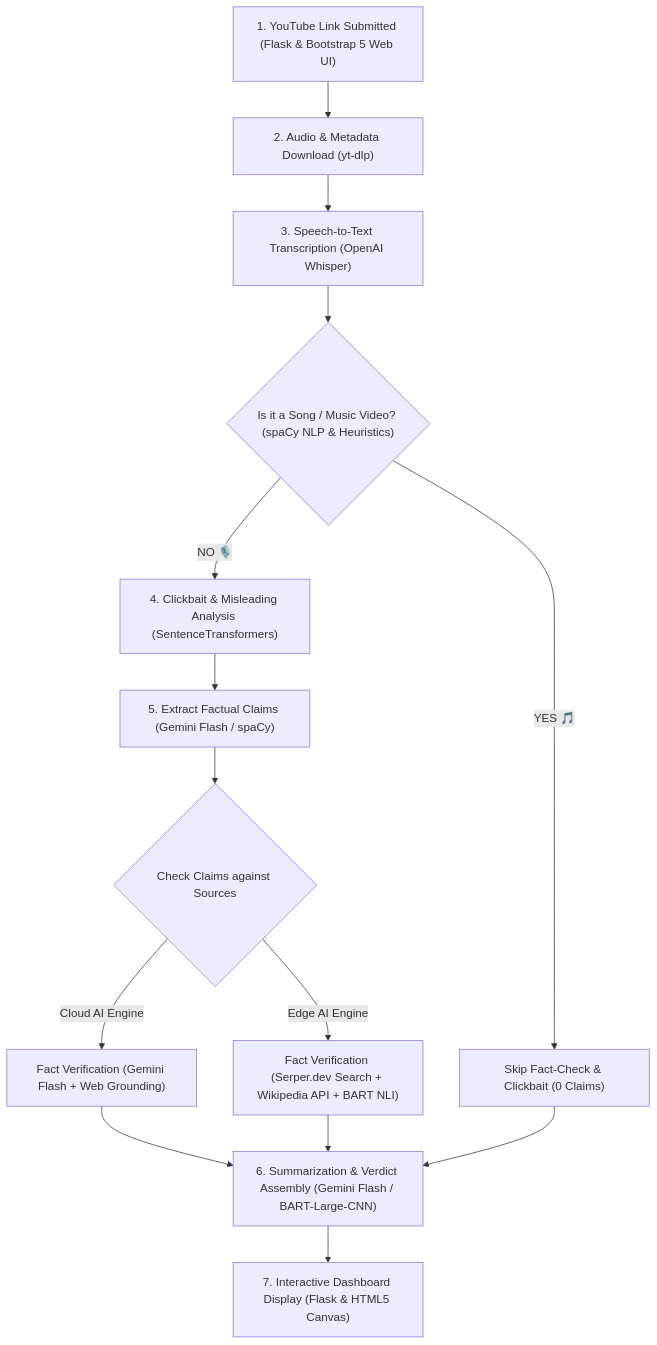
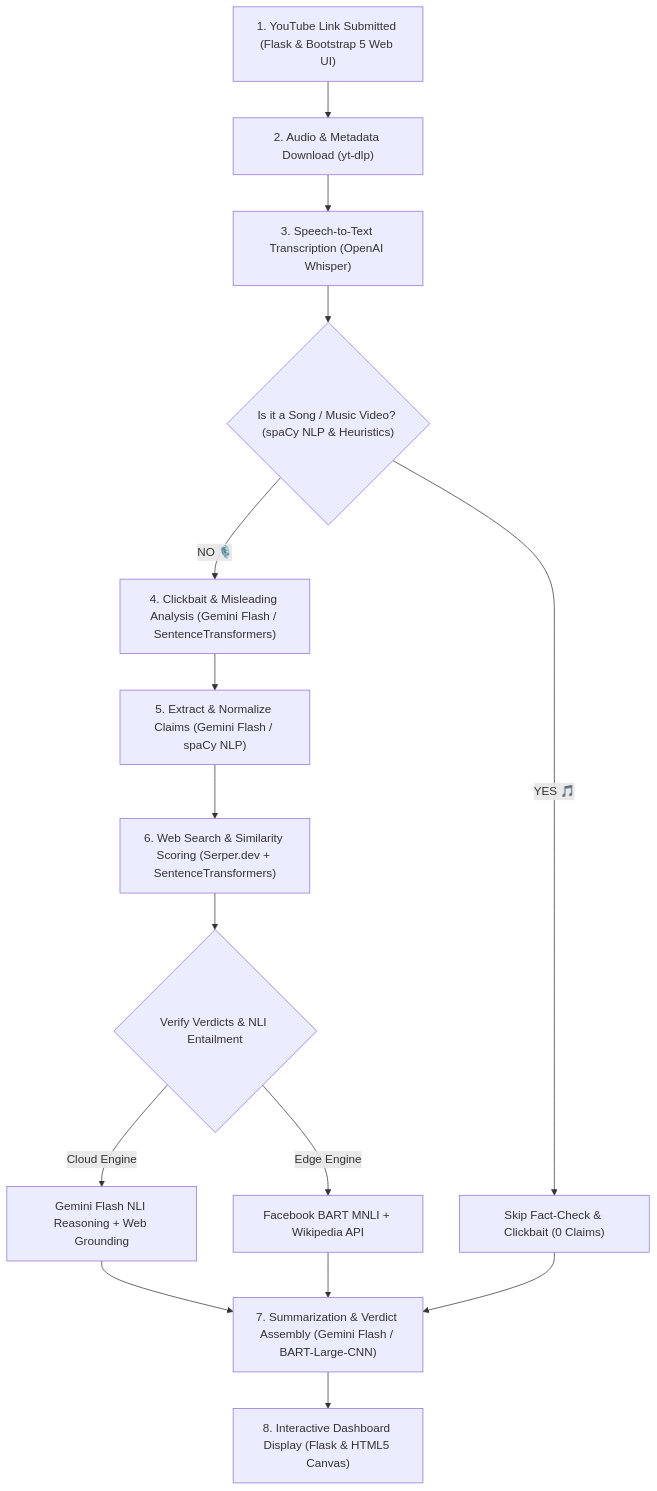
The diagram in README.md (notwarrior04/veritube_youtube_checker), drawn with Mermaid before and after one commit.

Commit message:
docs: Perfect Mermaid architecture flowchart to explicitly depict Serper.dev and similarity scoring step

````diff
--- a/README.md
+++ b/README.md
@@ -21,21 +21,22 @@
 ```mermaid
 flowchart TD
     A["1. YouTube Link Submitted (Flask & Bootstrap 5 Web UI)"] --> B["2. Audio & Metadata Download (yt-dlp)"]
     B --> C["3. Speech-to-Text Transcription (OpenAI Whisper)"]
     C --> D{"Is it a Song / Music Video? (spaCy NLP & Heuristics)"}
     
     D -- "YES 🎵" --> E["Skip Fact-Check & Clickbait (0 Claims)"]
-    D -- "NO 🎙️" --> F["4. Clickbait & Misleading Analysis (SentenceTransformers)"]
+    D -- "NO 🎙️" --> F["4. Clickbait & Misleading Analysis (Gemini Flash / SentenceTransformers)"]
     
-    F --> G["5. Extract Factual Claims (Gemini Flash / spaCy)"]
-    G --> H{"Check Claims against Sources"}
+    F --> G["5. Extract & Normalize Claims (Gemini Flash / spaCy NLP)"]
+    G --> H["6. Web Search & Similarity Scoring (Serper.dev + SentenceTransformers)"]
     
-    H -- "Cloud AI Engine" --> I["Fact Verification (Gemini Flash + Web Grounding)"]
-    H -- "Edge AI Engine" --> J["Fact Verification (Serper.dev Search + Wikipedia API + BART NLI)"]
+    H --> I{"Verify Verdicts & NLI Entailment"}
+    I -- "Cloud Engine" --> J["Gemini Flash NLI Reasoning + Web Grounding"]
+    I -- "Edge Engine" --> K["Facebook BART MNLI + Wikipedia API"]
     
-    I --> K["6. Summarization & Verdict Assembly (Gemini Flash / BART-Large-CNN)"]
-    J --> K
-    E --> K
+    J --> L["7. Summarization & Verdict Assembly (Gemini Flash / BART-Large-CNN)"]
+    K --> L
+    E --> L
     
-    K --> L["7. Interactive Dashboard Display (Flask & HTML5 Canvas)"]
+    L --> M["8. Interactive Dashboard Display (Flask & HTML5 Canvas)"]
 ```
````
